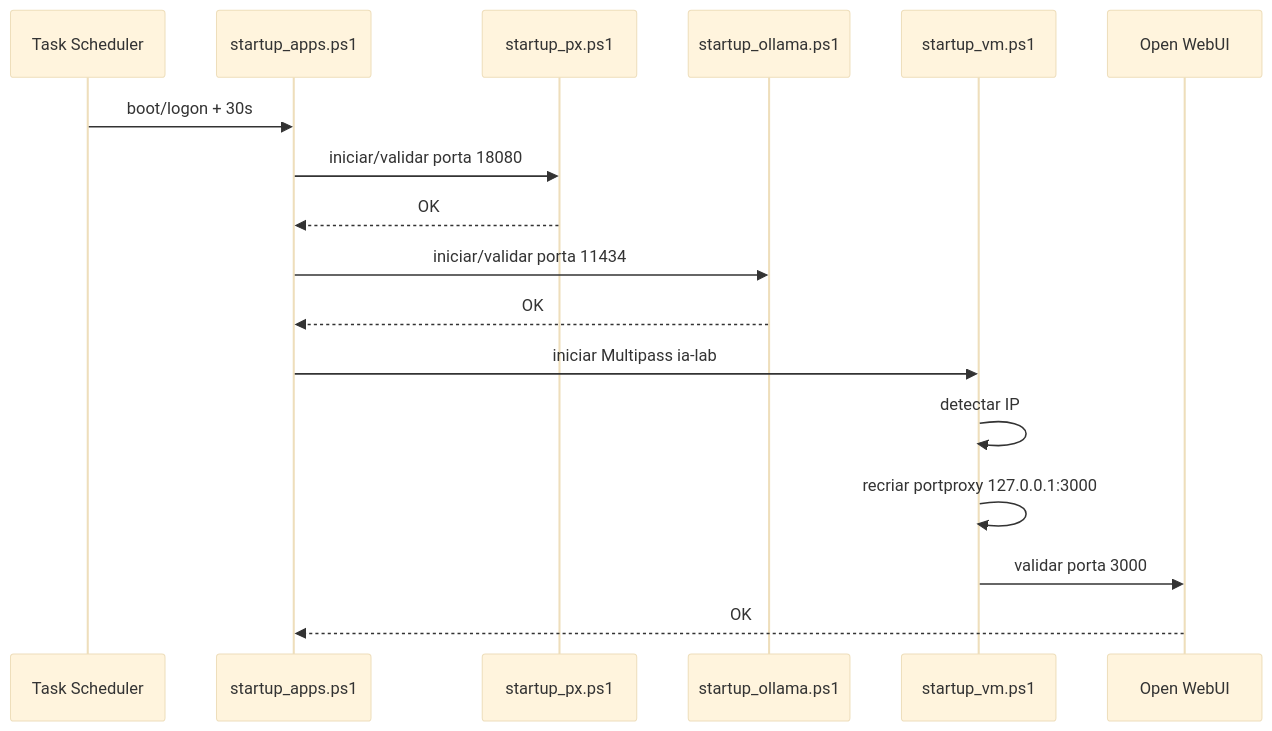
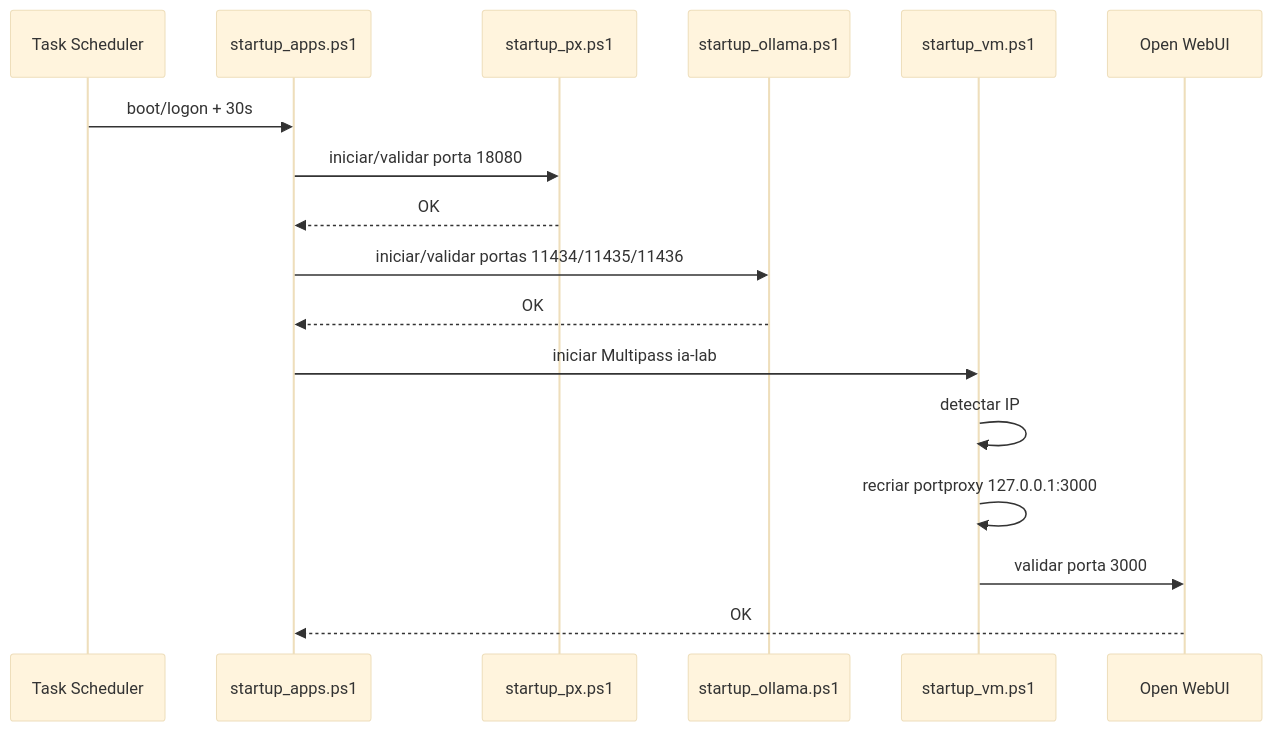
The diagram in docs/diagrams/boot_flow.mmd (marcocanedo/ia_lab), drawn with Mermaid (base theme) before and after one commit. The commit also changed 93 other files, not shown here.

```diff
--- a/docs/diagrams/boot_flow.mmd
+++ b/docs/diagrams/boot_flow.mmd
@@ -1,18 +1,18 @@
 sequenceDiagram
     participant TS as Task Scheduler
     participant Apps as startup_apps.ps1
     participant PX as startup_px.ps1
     participant Ollama as startup_ollama.ps1
     participant VM as startup_vm.ps1
     participant Web as Open WebUI
 
     TS->>Apps: boot/logon + 30s
     Apps->>PX: iniciar/validar porta 18080
     PX-->>Apps: OK
-    Apps->>Ollama: iniciar/validar porta 11434
+    Apps->>Ollama: iniciar/validar portas 11434/11435/11436
     Ollama-->>Apps: OK
     Apps->>VM: iniciar Multipass ia-lab
     VM->>VM: detectar IP
     VM->>VM: recriar portproxy 127.0.0.1:3000
     VM->>Web: validar porta 3000
     Web-->>Apps: OK
```
